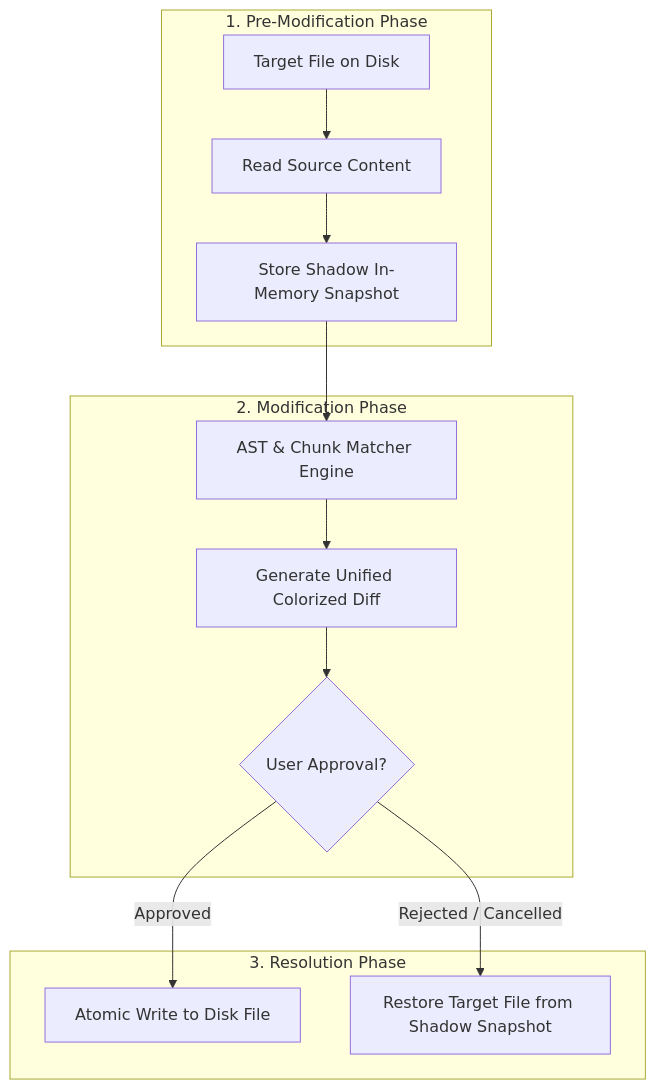
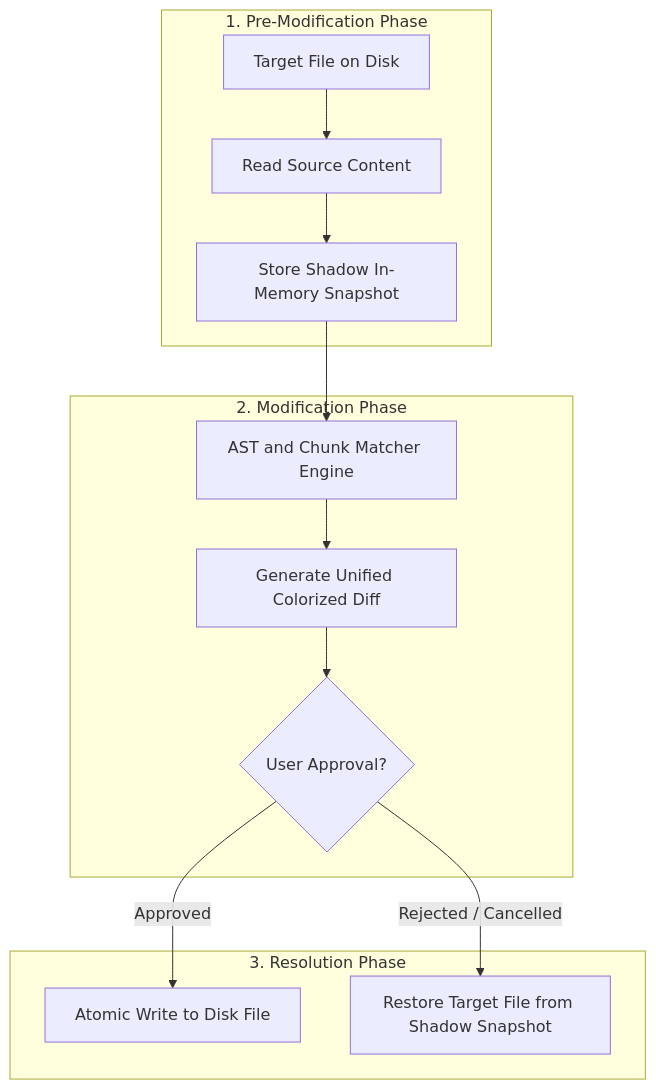
Before and after one commit to KerberoSec/KerberoSec-CLI: the sixth of 24 diagrams in README.md, drawn with Mermaid. The commit also changed other lines of this file and 5 other files, not shown here.

````diff
--- a/README.md
+++ b/README.md
@@ -288,18 +395,18 @@
 ```mermaid
 graph TD
     subgraph PreEdit ["1. Pre-Modification Phase"]
         TargetFile["Target File on Disk"] --> ReadSource["Read Source Content"]
         ReadSource --> ShadowMem["Store Shadow In-Memory Snapshot"]
     end
 
     subgraph EditPhase ["2. Modification Phase"]
-        ShadowMem --> DiffEngine["AST & Chunk Matcher Engine"]
+        ShadowMem --> DiffEngine["AST and Chunk Matcher Engine"]
         DiffEngine --> GenUnifiedDiff["Generate Unified Colorized Diff"]
         GenUnifiedDiff --> UserDecision{"User Approval?"}
     end
 
     subgraph PostPhase ["3. Resolution Phase"]
         UserDecision -- "Approved" --> WriteDisk["Atomic Write to Disk File"]
         UserDecision -- "Rejected / Cancelled" --> Rollback["Restore Target File from Shadow Snapshot"]
     end
 ```
````
